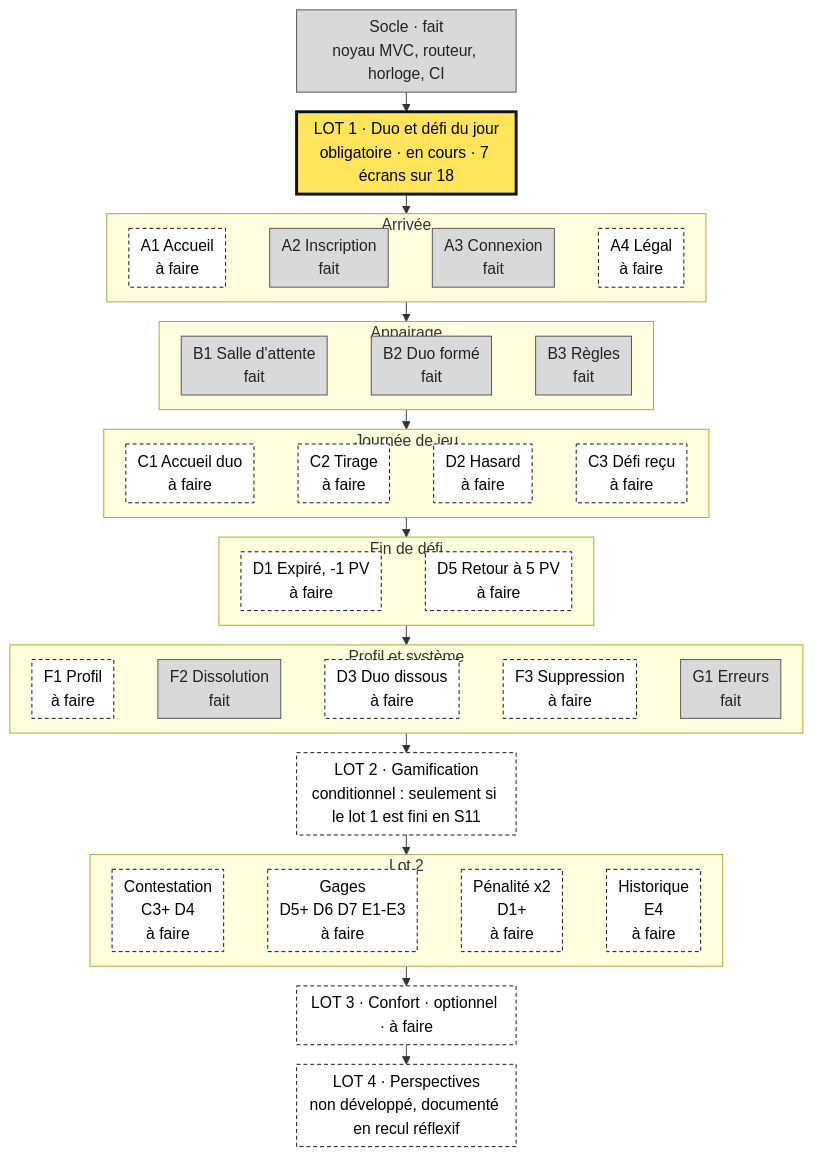
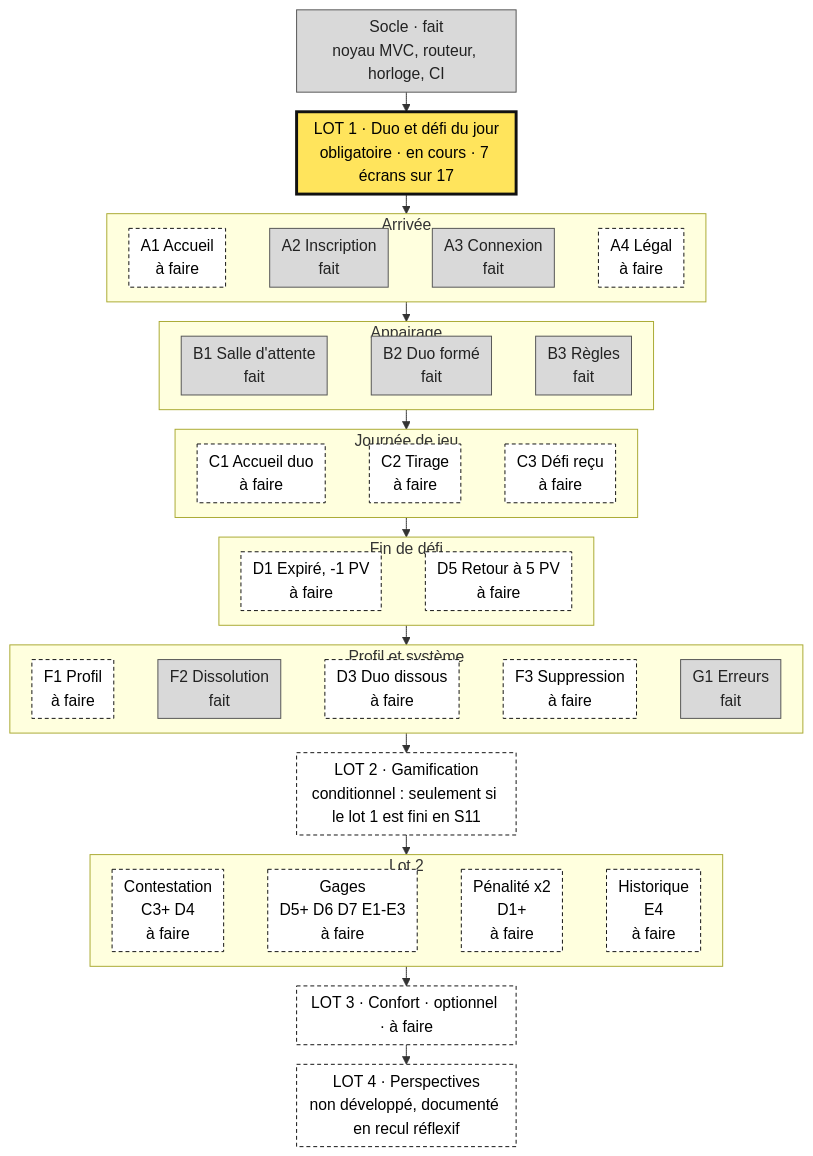
The first of 2 diagrams in README.md (matteo-lorenzi/Quest-Love), drawn with Mermaid before and after one commit. The commit also changed other lines of this file and 3 other files, not shown here.

````diff
--- a/README.md
+++ b/README.md
@@ -14,67 +14,66 @@
 ```mermaid
 %%{init: {"flowchart": {"nodeSpacing": 10, "rankSpacing": 20, "padding": 6, "htmlLabels": true}}}%%
 flowchart TB
   S["Socle · fait<br/>noyau MVC, routeur, horloge, CI"]:::fait
-  L1["LOT 1 · Duo et défi du jour<br/>obligatoire · en cours · 7 écrans sur 18"]:::encours
+  L1["LOT 1 · Duo et défi du jour<br/>obligatoire · en cours · 7 écrans sur 17"]:::encours
   L2["LOT 2 · Gamification<br/>conditionnel : seulement si le lot 1 est fini en S11"]:::afaire
   L3["LOT 3 · Confort · optionnel · à faire"]:::afaire
   L4["LOT 4 · Perspectives<br/>non développé, documenté en recul réflexif"]:::afaire
 
   subgraph P1["Arrivée"]
     direction LR
     A1["A1 Accueil<br/>à faire"]:::afaire
     A2["A2 Inscription<br/>fait"]:::fait
     A3["A3 Connexion<br/>fait"]:::fait
     A4["A4 Légal<br/>à faire"]:::afaire
     A1 ~~~ A2 ~~~ A3 ~~~ A4
   end
 
   subgraph P2["Appairage"]
     direction LR
     B1["B1 Salle d'attente<br/>fait"]:::fait
     B2["B2 Duo formé<br/>fait"]:::fait
     B3["B3 Règles<br/>fait"]:::fait
     B1 ~~~ B2 ~~~ B3
   end
 
   subgraph P3["Journée de jeu"]
     direction LR
     C1["C1 Accueil duo<br/>à faire"]:::afaire
     C2["C2 Tirage<br/>à faire"]:::afaire
-    D2["D2 Hasard<br/>à faire"]:::afaire
     C3["C3 Défi reçu<br/>à faire"]:::afaire
-    C1 ~~~ C2 ~~~ D2 ~~~ C3
+    C1 ~~~ C2 ~~~ C3
   end
 
   subgraph P4["Fin de défi"]
     direction LR
     D1["D1 Expiré, -1 PV<br/>à faire"]:::afaire
     D5["D5 Retour à 5 PV<br/>à faire"]:::afaire
     D1 ~~~ D5
   end
 
   subgraph P5["Profil et système"]
     direction LR
     F1["F1 Profil<br/>à faire"]:::afaire
     F2["F2 Dissolution<br/>fait"]:::fait
     D3["D3 Duo dissous<br/>à faire"]:::afaire
     F3["F3 Suppression<br/>à faire"]:::afaire
     G1["G1 Erreurs<br/>fait"]:::fait
     F1 ~~~ F2 ~~~ D3 ~~~ F3 ~~~ G1
   end
 
   subgraph P6["Lot 2"]
     direction LR
     X1["Contestation<br/>C3+ D4<br/>à faire"]:::afaire
     X2["Gages<br/>D5+ D6 D7 E1-E3<br/>à faire"]:::afaire
     X3["Pénalité x2<br/>D1+<br/>à faire"]:::afaire
     X4["Historique<br/>E4<br/>à faire"]:::afaire
     X1 ~~~ X2 ~~~ X3 ~~~ X4
   end
 
   S --> L1 --> P1 --> P2 --> P3 --> P4 --> P5 --> L2 --> P6 --> L3 --> L4
 
   classDef fait fill:#d9d9d9,stroke:#555555,color:#222222
   classDef encours fill:#ffe45c,stroke:#111111,stroke-width:3px,color:#000000
   classDef afaire fill:#ffffff,stroke:#111111,stroke-dasharray:4 3,color:#000000
 ```
````
